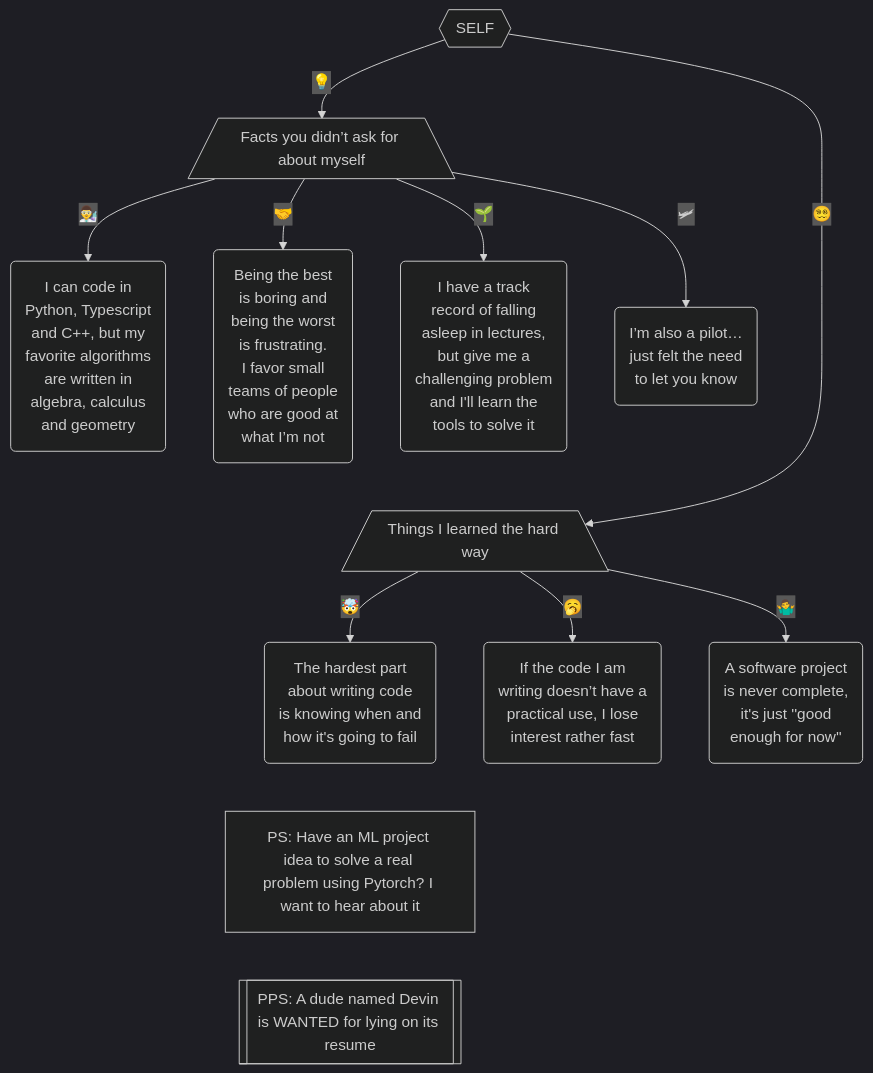
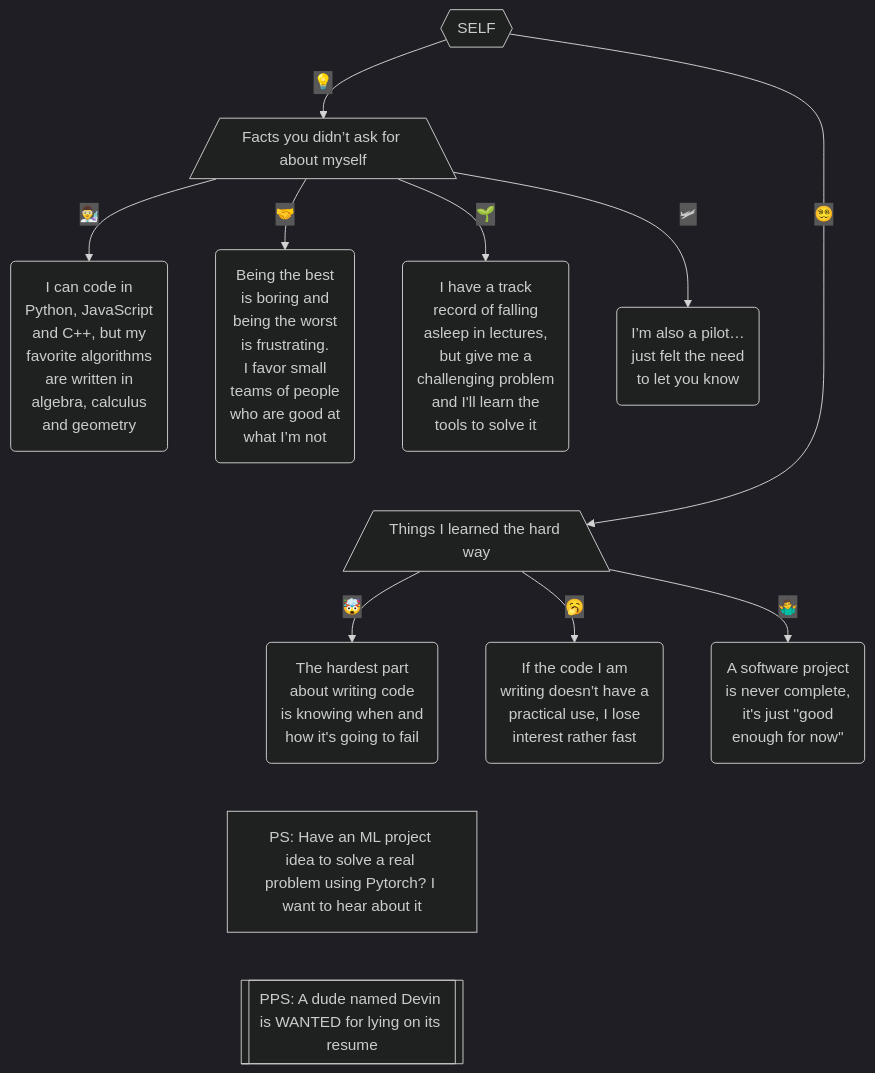
One commit to AndresPradGo/AndresPradGo changed the diagram in README.md. Above: the diagram before and after it, drawn with Mermaid (dark theme). The commit also changed other lines of this file, not shown here.

````diff
--- a/README.md
+++ b/README.md
@@ -8,68 +8,68 @@
 ```mermaid
 graph TD
 
     A{{SELF}} -->|💡| B[/Facts you didn’t ask for about myself\]
 
     B -->|👨‍🔬| D(
         I can code in
-        Python, Typescript
+        Python, JavaScript
         and C++, but my
         favorite algorithms
         are written in
         algebra, calculus
         and geometry
     )
     B -->|🤝| E(
         Being the best
         is boring and
         being the worst
         is frustrating.
         I favor small
         teams of people
         who are good at
         what I’m not
     )
     B -->|🌱| F(
         I have a track
         record of falling
         asleep in lectures,
         but give me a
         challenging problem
         and I'll learn the
         tools to solve it
     )
     B -->|🛩| G(
         I’m also a pilot…
         just felt the need
         to let you know
     )
 
     A -->|😵‍💫| C[/Things I learned the hard way\]
     E ~~~ C
 
     C -->|🤯| H(
         The hardest part
         about writing code
         is knowing when and
         how it's going to fail
     )
     C -->|🥱| I(
         If the code I am
         writing doesn’t have a
         practical use, I lose
         interest rather fast
     )
     C -->|🤷‍♂️| J(
         A software project
         is never complete,
         it's just ''good
         enough for now''
     )
 
     H ~~~ K[
         PS: Have an ML project idea to solve a real problem using Pytorch? I want to hear about it
     ]
     K ~~~ L[[
         PPS: A dude named Devin is WANTED for lying on its resume
     ]]
 ```
````
